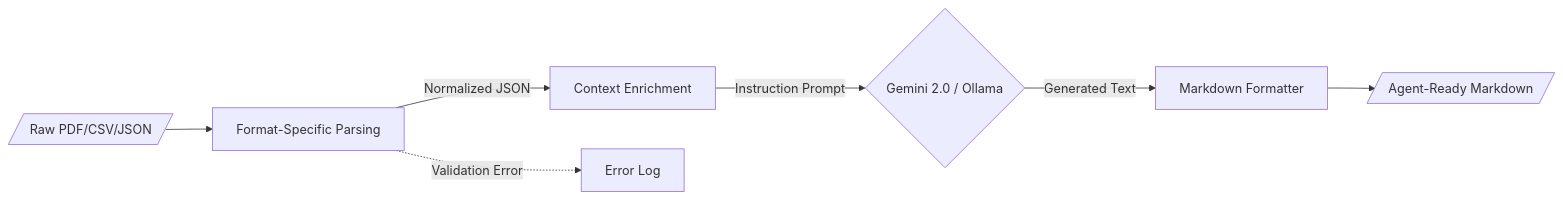
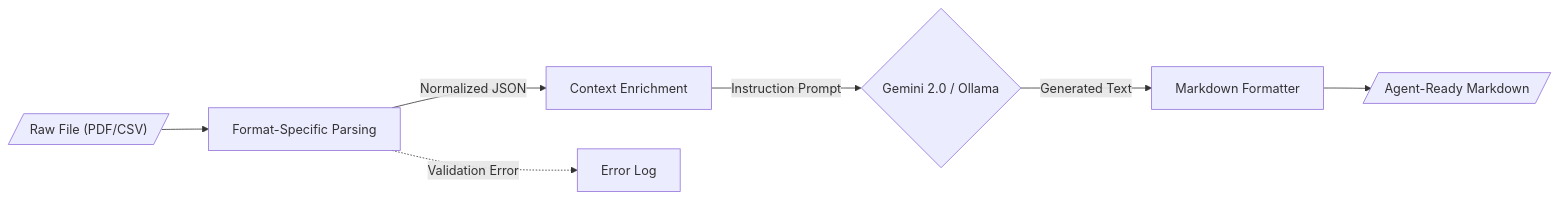
Before and after one commit to WomB0ComB0/browser-use: the third of 3 diagrams in README.md, drawn with Mermaid. The commit also changed other lines of this file, not shown here.

````diff
--- a/README.md
+++ b/README.md
@@ -144,10 +126,10 @@
 ```mermaid
 flowchart LR
-    Input[/"Raw PDF/CSV/JSON"/] --> Parse[Format-Specific Parsing]
+    Raw[/"Raw File (PDF/CSV)"/] --> Parse[Format-Specific Parsing]
     Parse --> |"Normalized JSON"| Context[Context Enrichment]
     Context --> |"Instruction Prompt"| LLM{Gemini 2.0 / Ollama}
     LLM --> |"Generated Text"| Format[Markdown Formatter]
-    Format --> Output[/"Agent-Ready Markdown"/]
+    Format --> Final[/"Agent-Ready Markdown"/]
     
     Parse -.-> |"Validation Error"| ErrorQ[Error Log]
 ```
````
